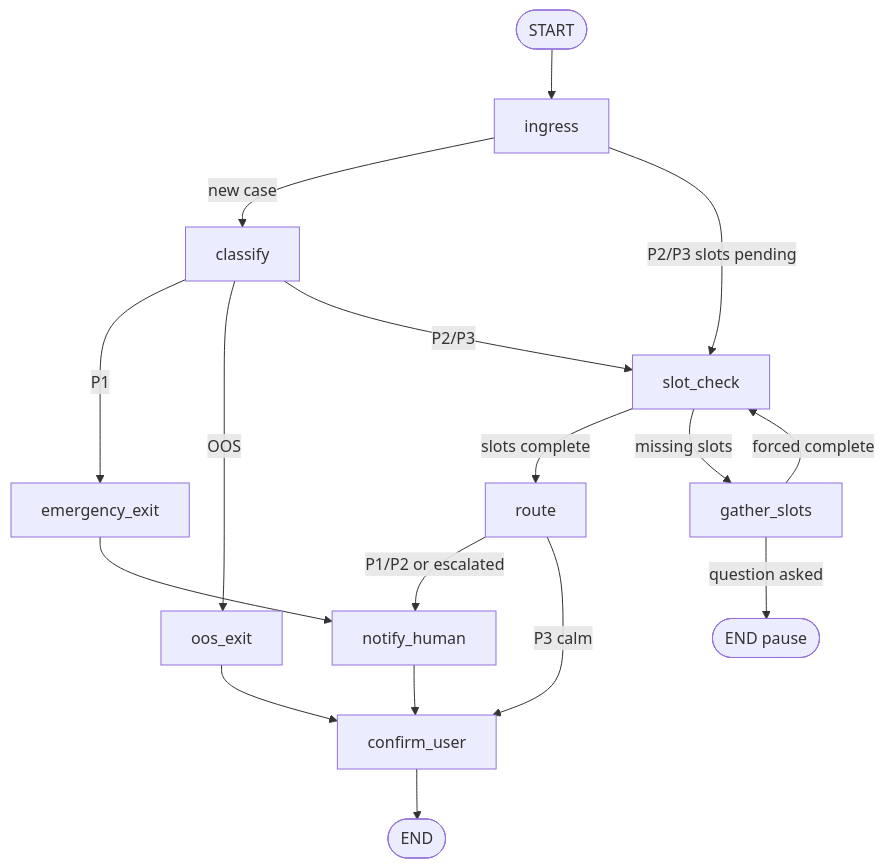
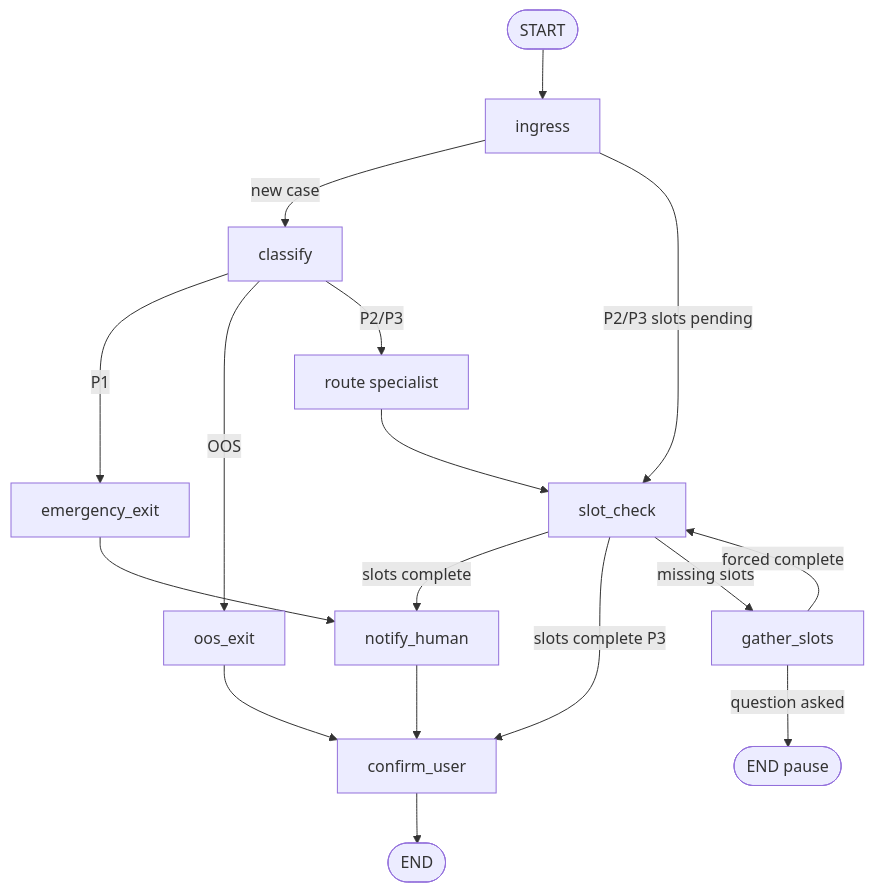
Before and after one commit to OmgItsAmmer/Sehat: the diagram in docs/architecture/langgraph.md, drawn with Mermaid. The commit also changed other lines of this file and 18 other files, not shown here.

````diff
--- a/docs/architecture/langgraph.md
+++ b/docs/architecture/langgraph.md
@@ -27,19 +27,19 @@
 ```mermaid
 flowchart TD
     START([START]) --> ingress[ingress]
     ingress -->|new case| classify[classify]
     ingress -->|P2/P3 slots pending| slot_check[slot_check]
     classify -->|P1| emergency[emergency_exit]
     classify -->|OOS| oos[oos_exit]
-    classify -->|P2/P3| slot_check[slot_check]
+    classify -->|P2/P3| route[route specialist]
+    route --> slot_check[slot_check]
     emergency --> notify[notify_human]
     notify --> confirm[confirm_user]
     oos --> confirm
-    slot_check -->|slots complete| route[route]
+    slot_check -->|slots complete| notify
+    slot_check -->|slots complete P3| confirm
     slot_check -->|missing slots| gather[gather_slots]
     gather -->|question asked| END1([END pause])
     gather -->|forced complete| slot_check
-    route -->|P1/P2 or escalated| notify
-    route -->|P3 calm| confirm
     confirm --> END2([END])
 ```
````
